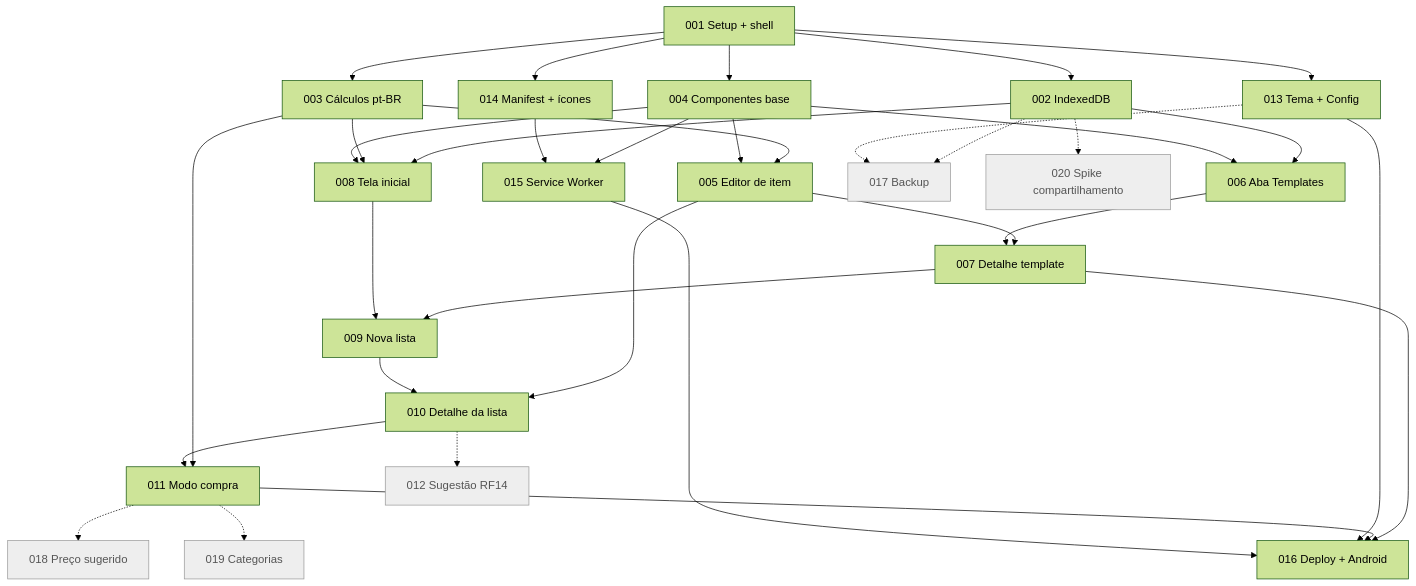
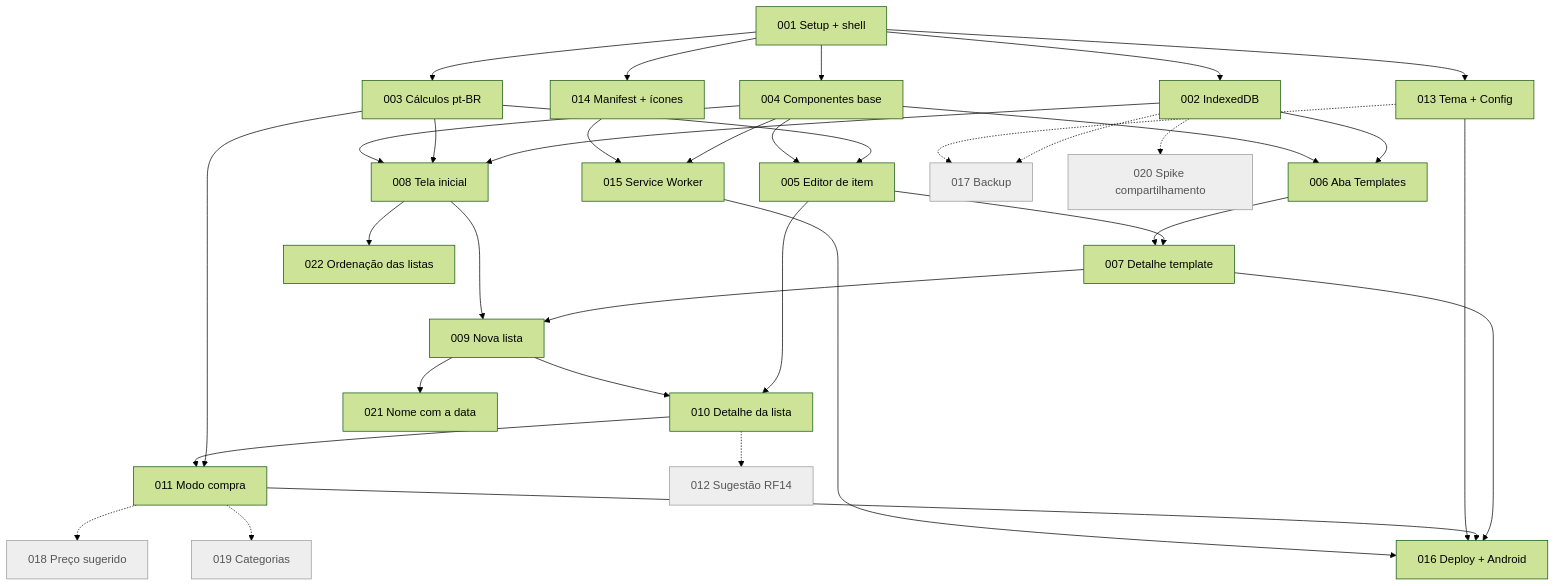
The diagram in docs/cards/_index.md (thalesAlves758/cestinha), drawn with Mermaid (forest theme) before and after one commit. The commit also changed other lines of this file and 2 other files, not shown here.

First line of the commit message:
Cards: CARD-021 (nome sugerido com a data) e CARD-022 (ordenação das listas)

````diff
--- a/docs/cards/_index.md
+++ b/docs/cards/_index.md
@@ -51,39 +54,41 @@
 ```mermaid
 flowchart TD
     C001[001 Setup + shell] --> C002[002 IndexedDB]
     C001 --> C003[003 Cálculos pt-BR]
     C001 --> C004[004 Componentes base]
     C001 --> C013[013 Tema + Config]
     C001 --> C014[014 Manifest + ícones]
     C003 --> C005[005 Editor de item]
     C004 --> C005
     C002 --> C006[006 Aba Templates]
     C004 --> C006
     C005 --> C007[007 Detalhe template]
     C006 --> C007
     C002 --> C008[008 Tela inicial]
     C003 --> C008
     C004 --> C008
     C007 --> C009[009 Nova lista]
     C008 --> C009
     C005 --> C010[010 Detalhe da lista]
     C009 --> C010
     C003 --> C011[011 Modo compra]
     C010 --> C011
     C004 --> C015[015 Service Worker]
     C014 --> C015
     C007 --> C016[016 Deploy + Android]
     C011 --> C016
     C013 --> C016
     C015 --> C016
+    C009 --> C021[021 Nome com a data]
+    C008 --> C022[022 Ordenação das listas]
 
     C010 -.-> C012[012 Sugestão RF14]
     C002 -.-> C017[017 Backup]
     C013 -.-> C017
     C011 -.-> C018[018 Preço sugerido]
     C011 -.-> C019[019 Categorias]
     C002 -.-> C020[020 Spike compartilhamento]
 
     classDef depois fill:#eee,stroke:#999,color:#555;
     class C012,C017,C018,C019,C020 depois;
 ```
````
